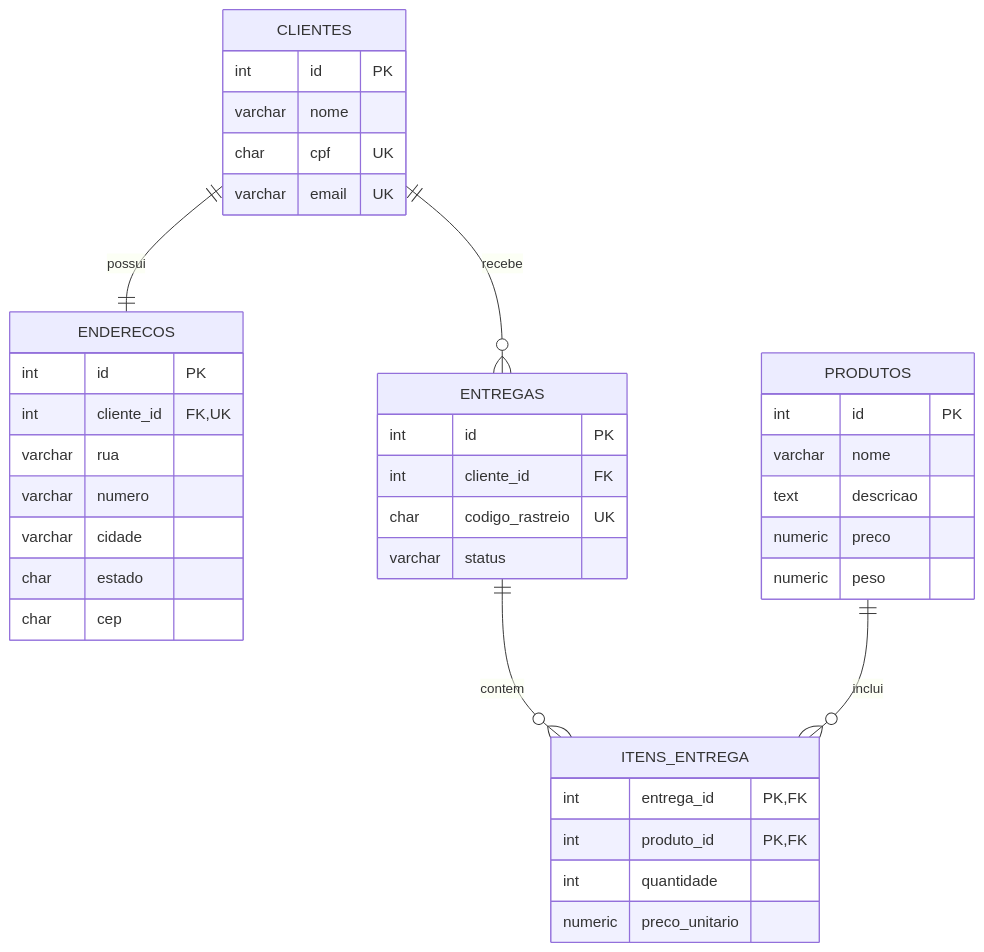
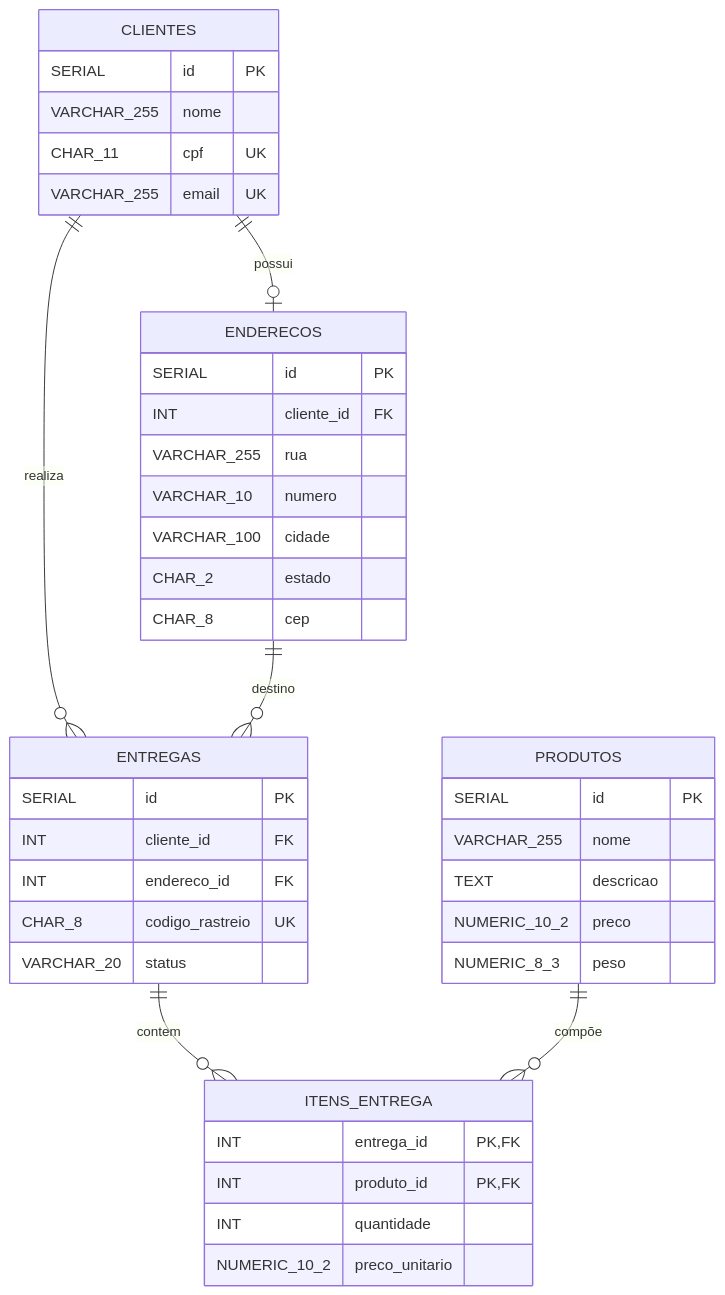
One commit to DneyDev/desafioJava_GW changed the diagram in README.md. Above: the diagram before and after it, drawn with Mermaid.

Commit message:
feat: atualização de diagrama

````diff
--- a/README.md
+++ b/README.md
@@ -49,42 +49,49 @@
 ```mermaid
 erDiagram
-    CLIENTES ||--|| ENDERECOS : possui
-    CLIENTES ||--o{ ENTREGAS : recebe
-    ENTREGAS ||--o{ ITENS_ENTREGA : contem
-    PRODUTOS ||--o{ ITENS_ENTREGA : inclui
 
     CLIENTES {
-        int id PK
-        varchar nome
-        char cpf UK
-        varchar email UK
+        SERIAL id PK
+        VARCHAR_255 nome
+        CHAR_11 cpf UK
+        VARCHAR_255 email UK
     }
+
     ENDERECOS {
-        int id PK
-        int cliente_id FK, UK
-        varchar rua
-        varchar numero
-        varchar cidade
-        char estado
-        char cep
+        SERIAL id PK
+        INT cliente_id FK
+        VARCHAR_255 rua
+        VARCHAR_10 numero
+        VARCHAR_100 cidade
+        CHAR_2 estado
+        CHAR_8 cep
     }
+
     PRODUTOS {
-        int id PK
-        varchar nome
-        text descricao
-        numeric preco
-        numeric peso
+        SERIAL id PK
+        VARCHAR_255 nome
+        TEXT descricao
+        NUMERIC_10_2 preco
+        NUMERIC_8_3 peso
     }
+
     ENTREGAS {
-        int id PK
-        int cliente_id FK
-        char codigo_rastreio UK
-        varchar status
+        SERIAL id PK
+        INT cliente_id FK
+        INT endereco_id FK
+        CHAR_8 codigo_rastreio UK
+        VARCHAR_20 status
     }
+
     ITENS_ENTREGA {
-        int entrega_id PK, FK
-        int produto_id PK, FK
-        int quantidade
-        numeric preco_unitario
+        INT entrega_id PK, FK
+        INT produto_id PK, FK
+        INT quantidade
+        NUMERIC_10_2 preco_unitario
     }
+
+    CLIENTES ||--o| ENDERECOS : "possui"
+    CLIENTES ||--o{ ENTREGAS : "realiza"
+    ENDERECOS ||--o{ ENTREGAS : "destino"
+    ENTREGAS ||--o{ ITENS_ENTREGA : "contem"
+    PRODUTOS ||--o{ ITENS_ENTREGA : "compõe"
 ```
````
